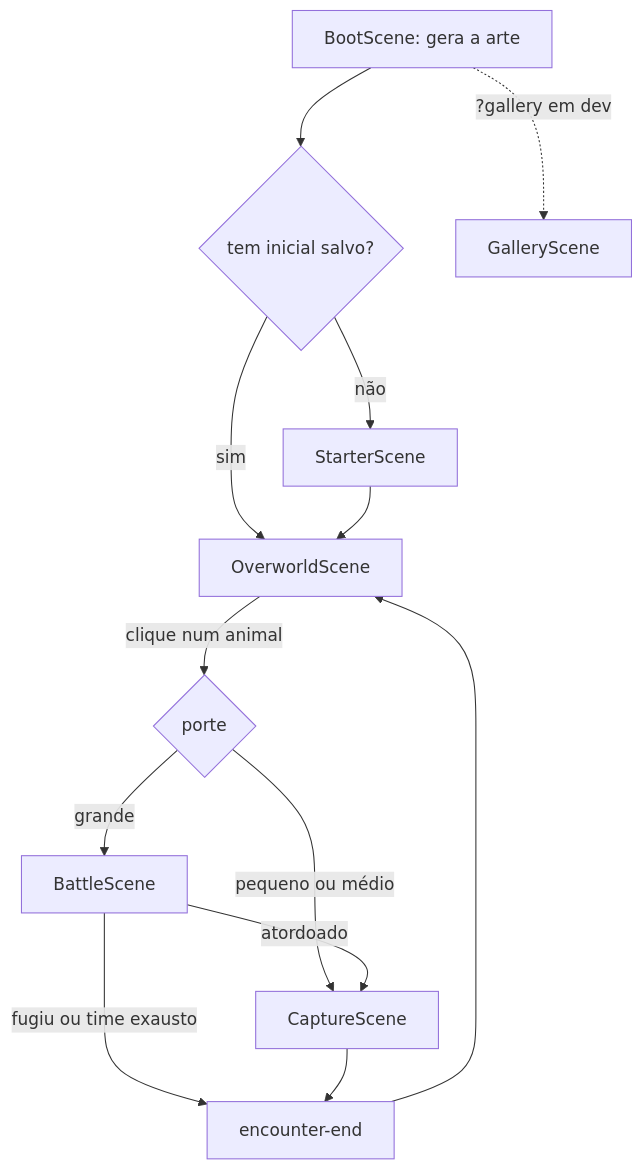
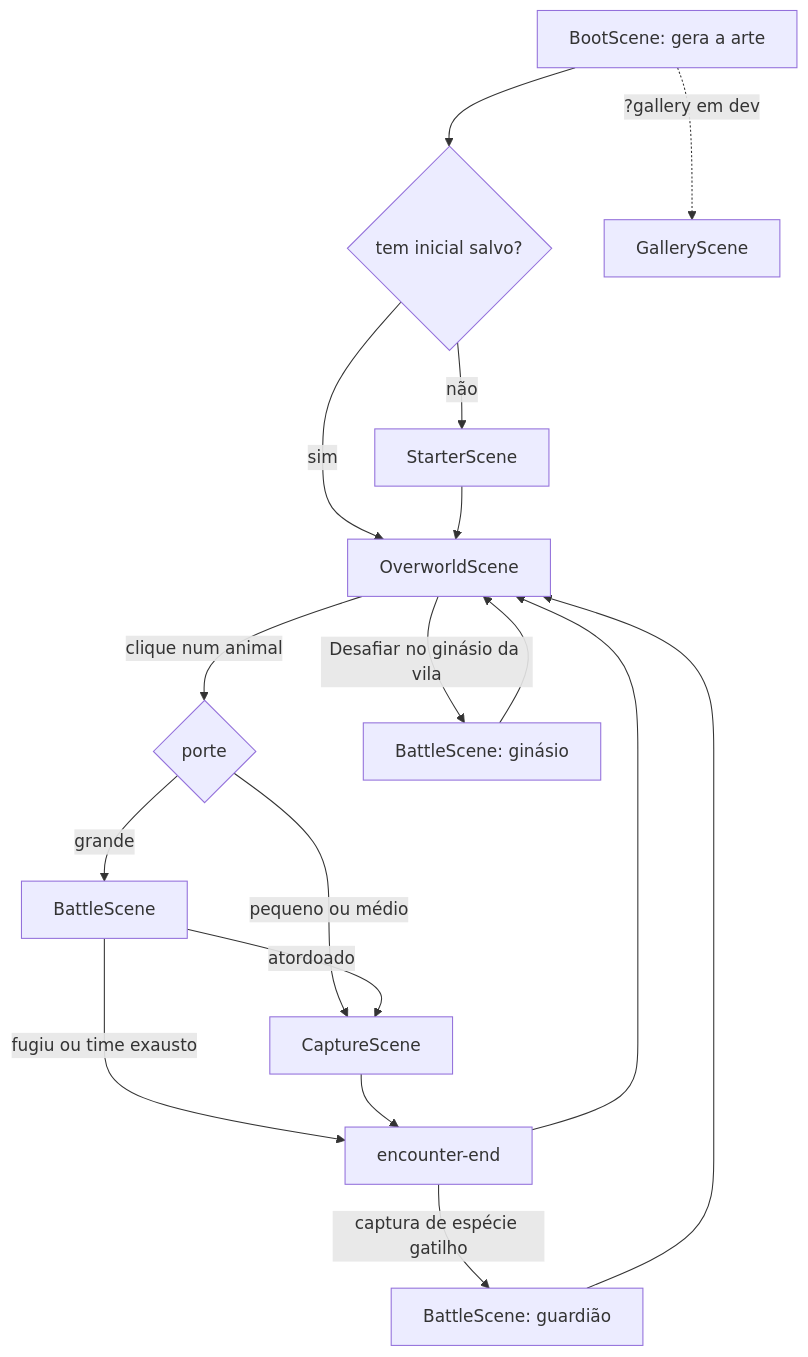
Before and after one commit to alan-mendes-ufca/fauna-brasil: the diagram in docs/arquitetura.md, drawn with Mermaid. The commit also changed other lines of this file and 4 other files, not shown here.

````diff
--- a/docs/arquitetura.md
+++ b/docs/arquitetura.md
@@ -25,15 +25,19 @@
 ```mermaid
 flowchart TD
   Boot[BootScene: gera a arte] --> Tem{tem inicial salvo?}
   Tem -- não --> Starter[StarterScene]
   Tem -- sim --> Over[OverworldScene]
   Starter --> Over
   Over -- clique num animal --> Enc{porte}
   Enc -- grande --> Battle[BattleScene]
   Enc -- pequeno ou médio --> Cap[CaptureScene]
   Battle -- atordoado --> Cap
   Battle -- fugiu ou time exausto --> Fim[encounter-end]
   Cap --> Fim
+  Fim -- captura de espécie gatilho --> Guard[BattleScene: guardião]
+  Guard --> Over
+  Over -- Desafiar no ginásio da vila --> GymB[BattleScene: ginásio]
+  GymB --> Over
   Fim --> Over
   Boot -. ?gallery em dev .-> Gal[GalleryScene]
 ```
````
